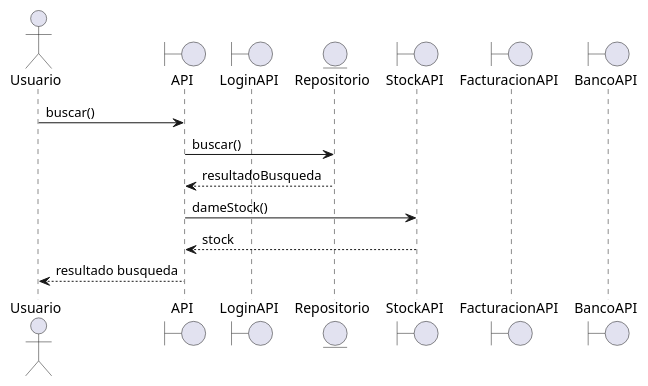
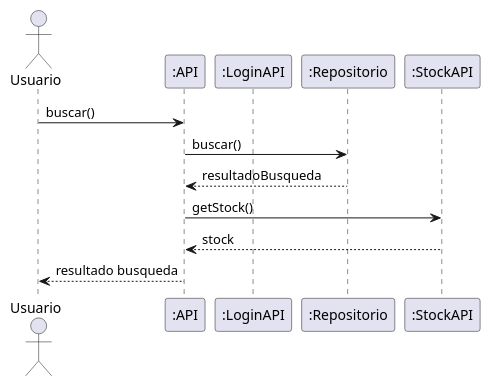
One commit to alejandroleoz/EjemploUML changed the diagram in uml/secuencia_busqueda.puml. Above: the diagram before and after it, drawn with PlantUML. The commit also changed 4 other files, not shown here.

Commit message:
Updating diagrams

```diff
--- a/uml/secuencia_busqueda.puml
+++ b/uml/secuencia_busqueda.puml
@@ -1,19 +1,19 @@
 @startuml
 
 actor Usuario
-boundary API
-boundary LoginAPI
-entity Repositorio
-boundary StockAPI
-boundary FacturacionAPI
-boundary BancoAPI
+participant ":API"
+participant ":LoginAPI"
+participant ":Repositorio"
+participant ":StockAPI"
+'participant ":FacturacionAPI"
+'participant ":BancoAPI"
 
-Usuario -> API : buscar()
-API -> Repositorio : buscar()
-API <-- Repositorio : resultadoBusqueda
-API -> StockAPI : dameStock()
-API <-- StockAPI : stock
-Usuario <-- API : resultado busqueda
+Usuario -> ":API" : buscar()
+":API" -> ":Repositorio" : buscar()
+":API" <-- ":Repositorio" : resultadoBusqueda
+":API" -> ":StockAPI" : getStock()
+":API" <-- ":StockAPI" : stock
+Usuario <-- ":API" : resultado busqueda
 
 
 @enduml
```
